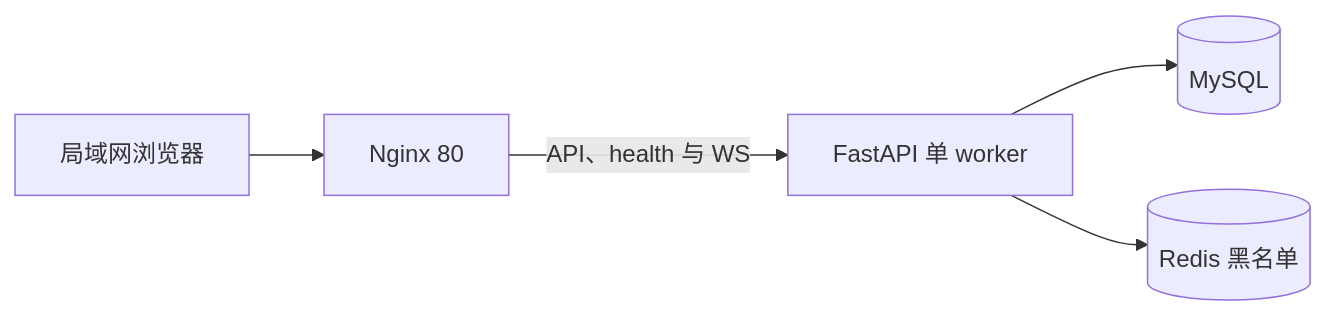
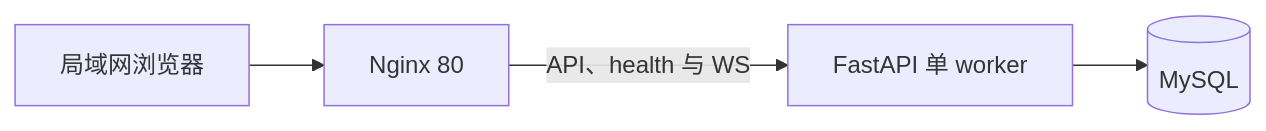
One commit to NanamiKite/radioManger changed the third of 16 diagrams in doc/11_系统架构图.md. Above: the diagram before and after it, drawn with Mermaid. The commit also changed other lines of this file and 103 other files, not shown here.

````diff
--- a/doc/11_系统架构图.md
+++ b/doc/11_系统架构图.md
@@ -41,7 +41,6 @@
 ```mermaid
 flowchart LR
     Browser[局域网浏览器] --> Nginx[Nginx 80]
     Nginx -->|API、health 与 WS| API[FastAPI 单 worker]
     API --> MySQL[(MySQL)]
-    API --> Redis[(Redis 黑名单)]
 ```
````
